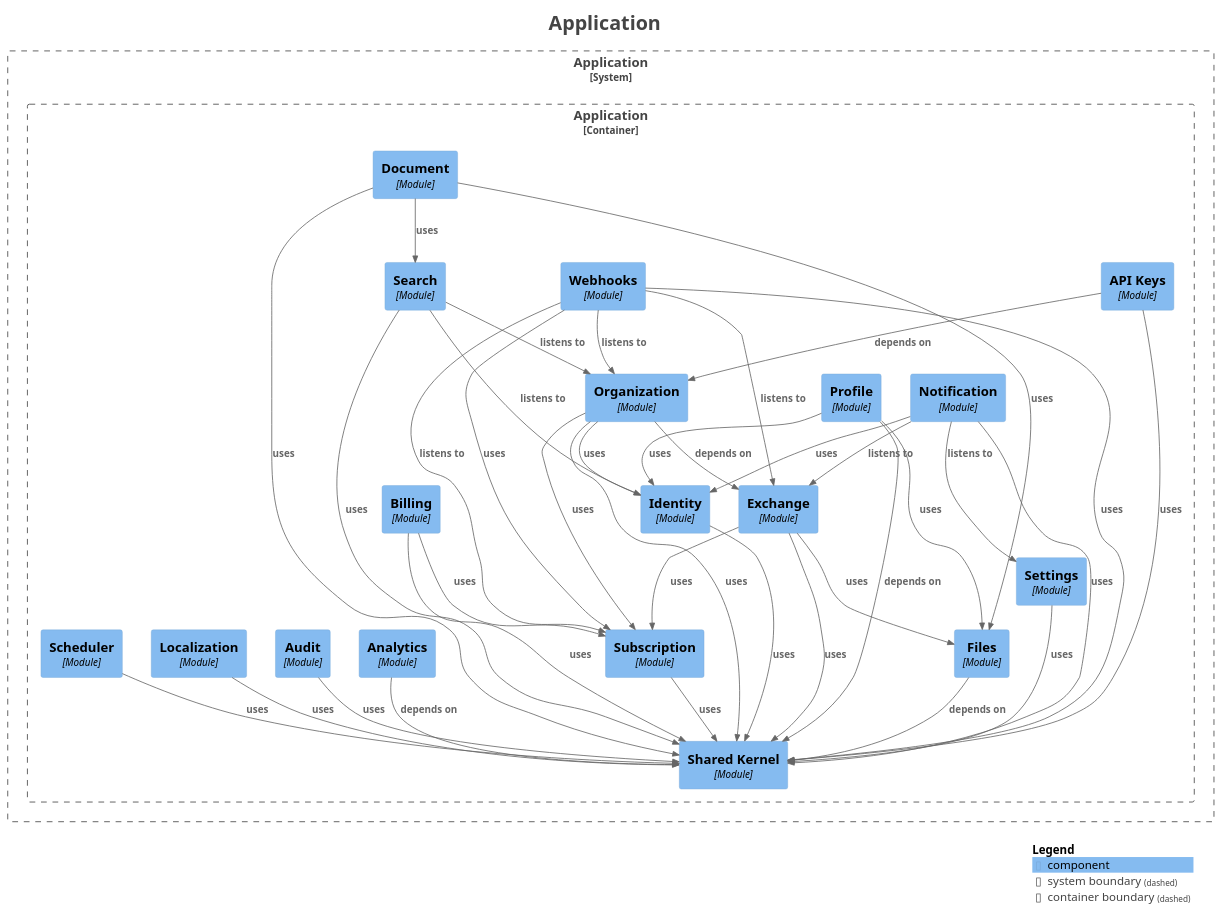
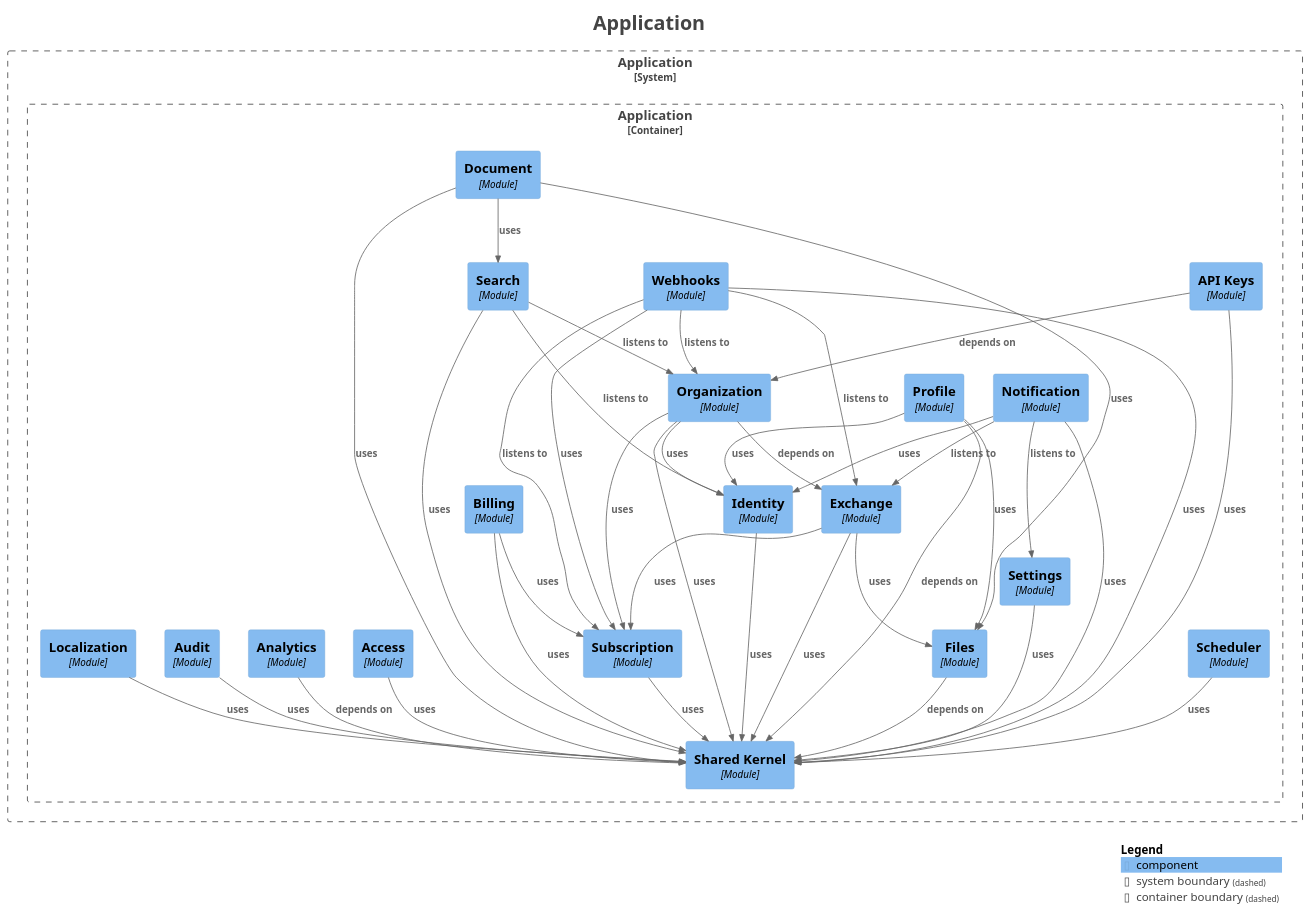
One commit to Paul-Ayesiga/enterprise-modulith-template changed the diagram in docs/modulith/components.puml. Above: the diagram before and after it, drawn with PlantUML. The commit also changed 38 other files, not shown here.

```diff
--- a/docs/modulith/components.puml
+++ b/docs/modulith/components.puml
@@ -1,82 +1,84 @@
 @startuml
 title <size:24>Application</size>
 
 set separator none
 top to bottom direction
 
 <style>
   root {
     BackgroundColor: #ffffff
     FontColor: #444444
   }
 </style>
 
 !include <C4/C4>
 !include <C4/C4_Context>
 !include <C4/C4_Component>
 
 System_Boundary("Application_boundary", "Application", $tags="") {
   Container_Boundary("Application.Application_boundary", "Application", $tags="") {
+    Component(Application.Application.Scheduler, "Scheduler", $techn="Module", $descr="", $tags="", $link="")
     Component(Application.Application.Settings, "Settings", $techn="Module", $descr="", $tags="", $link="")
     Component(Application.Application.Subscription, "Subscription", $techn="Module", $descr="", $tags="", $link="")
     Component(Application.Application.Billing, "Billing", $techn="Module", $descr="", $tags="", $link="")
     Component(Application.Application.Exchange, "Exchange", $techn="Module", $descr="", $tags="", $link="")
     Component(Application.Application.Profile, "Profile", $techn="Module", $descr="", $tags="", $link="")
     Component(Application.Application.Notification, "Notification", $techn="Module", $descr="", $tags="", $link="")
     Component(Application.Application.Organization, "Organization", $techn="Module", $descr="", $tags="", $link="")
     Component(Application.Application.APIKeys, "API Keys", $techn="Module", $descr="", $tags="", $link="")
     Component(Application.Application.Search, "Search", $techn="Module", $descr="", $tags="", $link="")
     Component(Application.Application.Webhooks, "Webhooks", $techn="Module", $descr="", $tags="", $link="")
     Component(Application.Application.Document, "Document", $techn="Module", $descr="", $tags="", $link="")
     Component(Application.Application.SharedKernel, "Shared Kernel", $techn="Module", $descr="", $tags="", $link="")
+    Component(Application.Application.Access, "Access", $techn="Module", $descr="", $tags="", $link="")
     Component(Application.Application.Analytics, "Analytics", $techn="Module", $descr="", $tags="", $link="")
     Component(Application.Application.Audit, "Audit", $techn="Module", $descr="", $tags="", $link="")
     Component(Application.Application.Files, "Files", $techn="Module", $descr="", $tags="", $link="")
     Component(Application.Application.Identity, "Identity", $techn="Module", $descr="", $tags="", $link="")
     Component(Application.Application.Localization, "Localization", $techn="Module", $descr="", $tags="", $link="")
-    Component(Application.Application.Scheduler, "Scheduler", $techn="Module", $descr="", $tags="", $link="")
   }
 
 }
 
+Rel(Application.Application.Identity, Application.Application.SharedKernel, "uses", $techn="", $tags="", $link="")
+Rel(Application.Application.Analytics, Application.Application.SharedKernel, "depends on", $techn="", $tags="", $link="")
+Rel(Application.Application.Organization, Application.Application.Exchange, "depends on", $techn="", $tags="", $link="")
+Rel(Application.Application.Organization, Application.Application.Identity, "uses", $techn="", $tags="", $link="")
+Rel(Application.Application.Organization, Application.Application.SharedKernel, "uses", $techn="", $tags="", $link="")
+Rel(Application.Application.Organization, Application.Application.Subscription, "uses", $techn="", $tags="", $link="")
+Rel(Application.Application.Profile, Application.Application.SharedKernel, "depends on", $techn="", $tags="", $link="")
+Rel(Application.Application.Profile, Application.Application.Identity, "uses", $techn="", $tags="", $link="")
+Rel(Application.Application.Profile, Application.Application.Files, "uses", $techn="", $tags="", $link="")
+Rel(Application.Application.Webhooks, Application.Application.Exchange, "listens to", $techn="", $tags="", $link="")
+Rel(Application.Application.Webhooks, Application.Application.Organization, "listens to", $techn="", $tags="", $link="")
+Rel(Application.Application.Webhooks, Application.Application.Subscription, "listens to", $techn="", $tags="", $link="")
+Rel(Application.Application.Webhooks, Application.Application.SharedKernel, "uses", $techn="", $tags="", $link="")
+Rel(Application.Application.Webhooks, Application.Application.Subscription, "uses", $techn="", $tags="", $link="")
+Rel(Application.Application.Subscription, Application.Application.SharedKernel, "uses", $techn="", $tags="", $link="")
+Rel(Application.Application.Document, Application.Application.Files, "uses", $techn="", $tags="", $link="")
+Rel(Application.Application.Document, Application.Application.Search, "uses", $techn="", $tags="", $link="")
+Rel(Application.Application.Document, Application.Application.SharedKernel, "uses", $techn="", $tags="", $link="")
+Rel(Application.Application.Scheduler, Application.Application.SharedKernel, "uses", $techn="", $tags="", $link="")
+Rel(Application.Application.Access, Application.Application.SharedKernel, "uses", $techn="", $tags="", $link="")
+Rel(Application.Application.Localization, Application.Application.SharedKernel, "uses", $techn="", $tags="", $link="")
+Rel(Application.Application.Files, Application.Application.SharedKernel, "depends on", $techn="", $tags="", $link="")
+Rel(Application.Application.Billing, Application.Application.Subscription, "uses", $techn="", $tags="", $link="")
+Rel(Application.Application.Billing, Application.Application.SharedKernel, "uses", $techn="", $tags="", $link="")
+Rel(Application.Application.Exchange, Application.Application.Files, "uses", $techn="", $tags="", $link="")
+Rel(Application.Application.Exchange, Application.Application.SharedKernel, "uses", $techn="", $tags="", $link="")
+Rel(Application.Application.Exchange, Application.Application.Subscription, "uses", $techn="", $tags="", $link="")
+Rel(Application.Application.Audit, Application.Application.SharedKernel, "uses", $techn="", $tags="", $link="")
+Rel(Application.Application.Settings, Application.Application.SharedKernel, "uses", $techn="", $tags="", $link="")
 Rel(Application.Application.Notification, Application.Application.Exchange, "listens to", $techn="", $tags="", $link="")
 Rel(Application.Application.Notification, Application.Application.Settings, "listens to", $techn="", $tags="", $link="")
 Rel(Application.Application.Notification, Application.Application.SharedKernel, "uses", $techn="", $tags="", $link="")
 Rel(Application.Application.Notification, Application.Application.Identity, "uses", $techn="", $tags="", $link="")
-Rel(Application.Application.Files, Application.Application.SharedKernel, "depends on", $techn="", $tags="", $link="")
-Rel(Application.Application.Scheduler, Application.Application.SharedKernel, "uses", $techn="", $tags="", $link="")
-Rel(Application.Application.Webhooks, Application.Application.Organization, "listens to", $techn="", $tags="", $link="")
-Rel(Application.Application.Webhooks, Application.Application.Subscription, "listens to", $techn="", $tags="", $link="")
-Rel(Application.Application.Webhooks, Application.Application.Exchange, "listens to", $techn="", $tags="", $link="")
-Rel(Application.Application.Webhooks, Application.Application.SharedKernel, "uses", $techn="", $tags="", $link="")
-Rel(Application.Application.Webhooks, Application.Application.Subscription, "uses", $techn="", $tags="", $link="")
-Rel(Application.Application.Audit, Application.Application.SharedKernel, "uses", $techn="", $tags="", $link="")
-Rel(Application.Application.Document, Application.Application.Files, "uses", $techn="", $tags="", $link="")
-Rel(Application.Application.Document, Application.Application.Search, "uses", $techn="", $tags="", $link="")
-Rel(Application.Application.Document, Application.Application.SharedKernel, "uses", $techn="", $tags="", $link="")
-Rel(Application.Application.Settings, Application.Application.SharedKernel, "uses", $techn="", $tags="", $link="")
-Rel(Application.Application.Subscription, Application.Application.SharedKernel, "uses", $techn="", $tags="", $link="")
 Rel(Application.Application.APIKeys, Application.Application.Organization, "depends on", $techn="", $tags="", $link="")
 Rel(Application.Application.APIKeys, Application.Application.SharedKernel, "uses", $techn="", $tags="", $link="")
-Rel(Application.Application.Localization, Application.Application.SharedKernel, "uses", $techn="", $tags="", $link="")
-Rel(Application.Application.Billing, Application.Application.Subscription, "uses", $techn="", $tags="", $link="")
-Rel(Application.Application.Billing, Application.Application.SharedKernel, "uses", $techn="", $tags="", $link="")
-Rel(Application.Application.Organization, Application.Application.Exchange, "depends on", $techn="", $tags="", $link="")
-Rel(Application.Application.Organization, Application.Application.Identity, "uses", $techn="", $tags="", $link="")
-Rel(Application.Application.Organization, Application.Application.SharedKernel, "uses", $techn="", $tags="", $link="")
-Rel(Application.Application.Organization, Application.Application.Subscription, "uses", $techn="", $tags="", $link="")
-Rel(Application.Application.Analytics, Application.Application.SharedKernel, "depends on", $techn="", $tags="", $link="")
-Rel(Application.Application.Profile, Application.Application.SharedKernel, "depends on", $techn="", $tags="", $link="")
-Rel(Application.Application.Profile, Application.Application.Identity, "uses", $techn="", $tags="", $link="")
-Rel(Application.Application.Profile, Application.Application.Files, "uses", $techn="", $tags="", $link="")
-Rel(Application.Application.Exchange, Application.Application.Files, "uses", $techn="", $tags="", $link="")
-Rel(Application.Application.Exchange, Application.Application.SharedKernel, "uses", $techn="", $tags="", $link="")
-Rel(Application.Application.Exchange, Application.Application.Subscription, "uses", $techn="", $tags="", $link="")
-Rel(Application.Application.Identity, Application.Application.SharedKernel, "uses", $techn="", $tags="", $link="")
 Rel(Application.Application.Search, Application.Application.Identity, "listens to", $techn="", $tags="", $link="")
 Rel(Application.Application.Search, Application.Application.Organization, "listens to", $techn="", $tags="", $link="")
 Rel(Application.Application.Search, Application.Application.SharedKernel, "uses", $techn="", $tags="", $link="")
 
 SHOW_LEGEND(true)
 hide stereotypes
 @enduml
```
